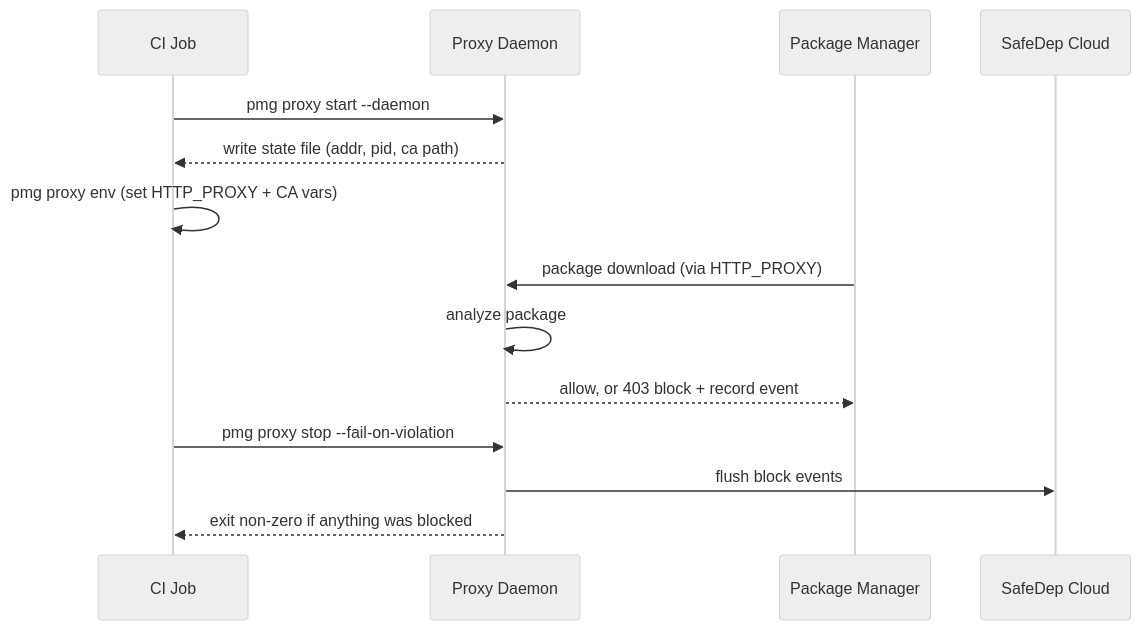
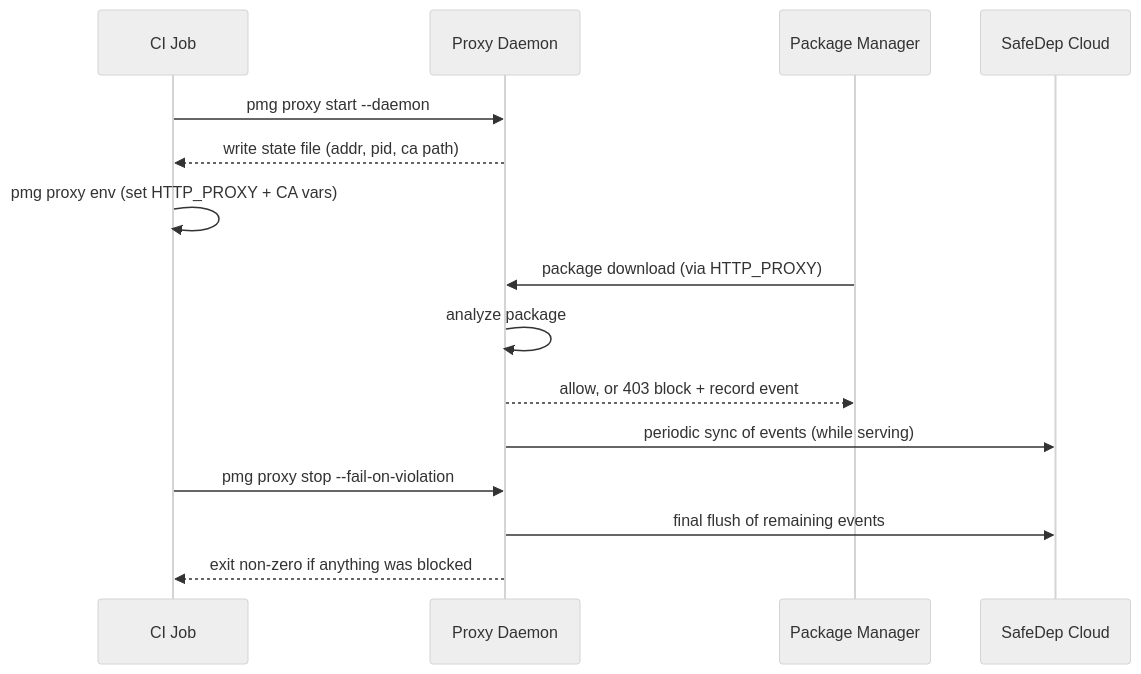
The diagram in docs/persistent-proxy.md (safedep/pmg), drawn with Mermaid (neutral theme) before and after one commit. The commit also changed other lines of this file and 1 other file, not shown here.

First line of the commit message:
docs: update persistent proxy cloud sync to daemon-owned model

````diff
--- a/docs/persistent-proxy.md
+++ b/docs/persistent-proxy.md
@@ -39,17 +39,18 @@
 ```mermaid
 sequenceDiagram
     participant CI as CI Job
     participant Proxy as Proxy Daemon
     participant PM as Package Manager
     participant Cloud as SafeDep Cloud
 
     CI->>Proxy: pmg proxy start --daemon
     Proxy-->>CI: write state file (addr, pid, ca path)
     CI->>CI: pmg proxy env  (set HTTP_PROXY + CA vars)
     PM->>Proxy: package download (via HTTP_PROXY)
     Proxy->>Proxy: analyze package
     Proxy-->>PM: allow, or 403 block + record event
+    Proxy->>Cloud: periodic sync of events (while serving)
     CI->>Proxy: pmg proxy stop --fail-on-violation
-    Proxy->>Cloud: flush block events
+    Proxy->>Cloud: final flush of remaining events
     Proxy-->>CI: exit non-zero if anything was blocked
 ```
````
